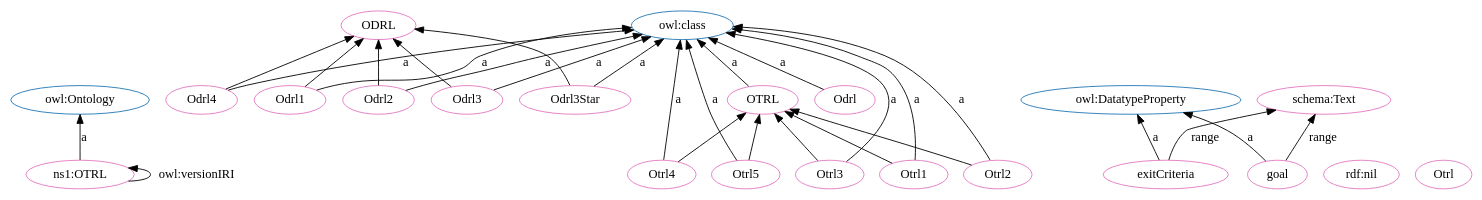
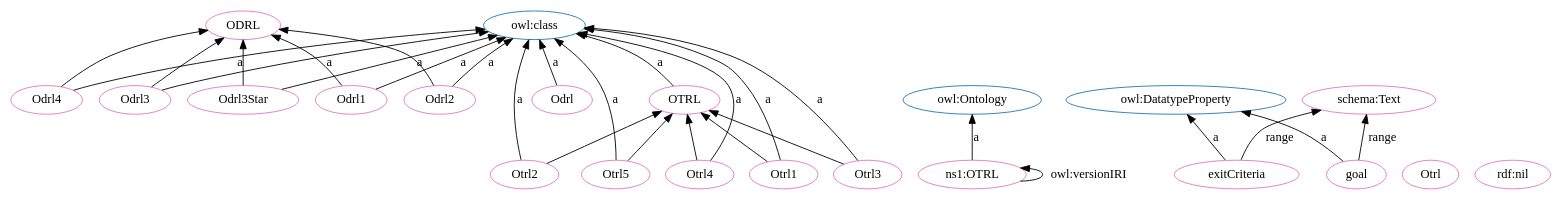
One commit to OPEN-NEXT/OKH-LOSH changed the diagram in OTRL.dot. Above: the diagram before and after it, drawn with Graphviz. The commit also changed other lines of this file and 15 other files, not shown here.

```diff
--- a/OTRL.dot
+++ b/OTRL.dot
@@ -1,56 +1,56 @@
 digraph G {
   rankdir=BT
   node[height=.3]
+"http://purl.org/oseg/ontologies/OTRL#ODRL" [fillcolor="#1f77b4" color="#1f77b4" label="ODRL"]
 "http://www.w3.org/2002/07/owl#Ontology" [fillcolor="#1f77b4" color="#1f77b4" label="owl:Ontology"]
+"http://www.w3.org/2002/07/owl#DatatypeProperty" [fillcolor="#1f77b4" color="#1f77b4" label="owl:DatatypeProperty"]
 "http://www.w3.org/2002/07/owl#class" [fillcolor="#1f77b4" color="#1f77b4" label="owl:class"]
-"http://purl.org/oseg/ontologies/OTRL#ODRL" [fillcolor="#1f77b4" color="#1f77b4" label="ODRL"]
-"http://www.w3.org/2002/07/owl#DatatypeProperty" [fillcolor="#1f77b4" color="#1f77b4" label="owl:DatatypeProperty"]
 "http://purl.org/oseg/ontologies/OTRL#OTRL" [fillcolor="#1f77b4" color="#1f77b4" label="OTRL"]
-"http://purl.org/oseg/ontologies/OTRL#Odrl" [fillcolor="#e377c2" color="#e377c2" label="Odrl"]
-"http://www.w3.org/1999/02/22-rdf-syntax-ns#nil" [fillcolor="#e377c2" color="#e377c2" label="rdf:nil"]
+"http://purl.org/oseg/ontologies/OTRL#Otrl" [fillcolor="#e377c2" color="#e377c2" label="Otrl"]
 "http://purl.org/oseg/ontologies/OTRL#ODRL" [fillcolor="#e377c2" color="#e377c2" label="ODRL"]
-"http://purl.org/oseg/ontologies/OTRL#Odrl1" [fillcolor="#e377c2" color="#e377c2" label="Odrl1"]
-"http://purl.org/oseg/ontologies/OTRL#Otrl3" [fillcolor="#e377c2" color="#e377c2" label="Otrl3"]
+"http://purl.org/oseg/ontologies/OTRL" [fillcolor="#e377c2" color="#e377c2" label="ns1:OTRL"]
 "http://purl.org/oseg/ontologies/OTRL#OTRL" [fillcolor="#e377c2" color="#e377c2" label="OTRL"]
 "http://purl.org/oseg/ontologies/OTRL#exitCriteria" [fillcolor="#e377c2" color="#e377c2" label="exitCriteria"]
+"http://www.w3.org/1999/02/22-rdf-syntax-ns#nil" [fillcolor="#e377c2" color="#e377c2" label="rdf:nil"]
+"http://purl.org/oseg/ontologies/OTRL#Odrl" [fillcolor="#e377c2" color="#e377c2" label="Odrl"]
+"http://purl.org/oseg/ontologies/OTRL#Otrl2" [fillcolor="#e377c2" color="#e377c2" label="Otrl2"]
 "http://purl.org/oseg/ontologies/OTRL#Odrl4" [fillcolor="#e377c2" color="#e377c2" label="Odrl4"]
+"http://purl.org/oseg/ontologies/OTRL#Odrl3" [fillcolor="#e377c2" color="#e377c2" label="Odrl3"]
+"http://purl.org/oseg/ontologies/OTRL#Odrl3Star" [fillcolor="#e377c2" color="#e377c2" label="Odrl3Star"]
+"http://purl.org/oseg/ontologies/OTRL#Odrl1" [fillcolor="#e377c2" color="#e377c2" label="Odrl1"]
+"http://purl.org/oseg/ontologies/OTRL#Otrl5" [fillcolor="#e377c2" color="#e377c2" label="Otrl5"]
+"http://schema.org/Text" [fillcolor="#e377c2" color="#e377c2" label="schema:Text"]
+"http://purl.org/oseg/ontologies/OTRL#Otrl4" [fillcolor="#e377c2" color="#e377c2" label="Otrl4"]
 "http://purl.org/oseg/ontologies/OTRL#goal" [fillcolor="#e377c2" color="#e377c2" label="goal"]
-"http://schema.org/Text" [fillcolor="#e377c2" color="#e377c2" label="schema:Text"]
-"http://purl.org/oseg/ontologies/OTRL#Odrl3Star" [fillcolor="#e377c2" color="#e377c2" label="Odrl3Star"]
-"http://purl.org/oseg/ontologies/OTRL#Odrl3" [fillcolor="#e377c2" color="#e377c2" label="Odrl3"]
-"http://purl.org/oseg/ontologies/OTRL#Otrl" [fillcolor="#e377c2" color="#e377c2" label="Otrl"]
-"http://purl.org/oseg/ontologies/OTRL#Otrl5" [fillcolor="#e377c2" color="#e377c2" label="Otrl5"]
-"http://purl.org/oseg/ontologies/OTRL" [fillcolor="#e377c2" color="#e377c2" label="ns1:OTRL"]
-"http://purl.org/oseg/ontologies/OTRL#Otrl2" [fillcolor="#e377c2" color="#e377c2" label="Otrl2"]
-"http://purl.org/oseg/ontologies/OTRL#Otrl4" [fillcolor="#e377c2" color="#e377c2" label="Otrl4"]
+"http://purl.org/oseg/ontologies/OTRL#Odrl2" [fillcolor="#e377c2" color="#e377c2" label="Odrl2"]
 "http://purl.org/oseg/ontologies/OTRL#Otrl1" [fillcolor="#e377c2" color="#e377c2" label="Otrl1"]
-"http://purl.org/oseg/ontologies/OTRL#Odrl2" [fillcolor="#e377c2" color="#e377c2" label="Odrl2"]
-  "http://purl.org/oseg/ontologies/OTRL#Odrl1" -> "http://www.w3.org/2002/07/owl#class" [label="a"]
+"http://purl.org/oseg/ontologies/OTRL#Otrl3" [fillcolor="#e377c2" color="#e377c2" label="Otrl3"]
+  "http://purl.org/oseg/ontologies/OTRL#Odrl3Star" -> "http://purl.org/oseg/ontologies/OTRL#ODRL" [label=""]
+  "http://purl.org/oseg/ontologies/OTRL" -> "http://purl.org/oseg/ontologies/OTRL" [label="owl:versionIRI"]
   "http://purl.org/oseg/ontologies/OTRL#exitCriteria" -> "http://www.w3.org/2002/07/owl#DatatypeProperty" [label="a"]
-  "http://purl.org/oseg/ontologies/OTRL#Odrl4" -> "http://www.w3.org/2002/07/owl#class" [label="a"]
+  "http://purl.org/oseg/ontologies/OTRL" -> "http://www.w3.org/2002/07/owl#Ontology" [label="a"]
+  "http://purl.org/oseg/ontologies/OTRL#Otrl2" -> "http://www.w3.org/2002/07/owl#class" [label="a"]
+  "http://purl.org/oseg/ontologies/OTRL#Otrl3" -> "http://www.w3.org/2002/07/owl#class" [label="a"]
+  "http://purl.org/oseg/ontologies/OTRL#Odrl" -> "http://www.w3.org/2002/07/owl#class" [label="a"]
+  "http://purl.org/oseg/ontologies/OTRL#Odrl3" -> "http://www.w3.org/2002/07/owl#class" [label="a"]
+  "http://purl.org/oseg/ontologies/OTRL#Odrl3Star" -> "http://www.w3.org/2002/07/owl#class" [label="a"]
+  "http://purl.org/oseg/ontologies/OTRL#Otrl5" -> "http://www.w3.org/2002/07/owl#class" [label="a"]
+  "http://purl.org/oseg/ontologies/OTRL#exitCriteria" -> "http://schema.org/Text" [label="range"]
+  "http://purl.org/oseg/ontologies/OTRL#Otrl4" -> "http://www.w3.org/2002/07/owl#class" [label="a"]
   "http://purl.org/oseg/ontologies/OTRL#goal" -> "http://www.w3.org/2002/07/owl#DatatypeProperty" [label="a"]
-  "http://purl.org/oseg/ontologies/OTRL#Odrl3Star" -> "http://www.w3.org/2002/07/owl#class" [label="a"]
+  "http://purl.org/oseg/ontologies/OTRL#goal" -> "http://schema.org/Text" [label="range"]
+  "http://purl.org/oseg/ontologies/OTRL#Odrl2" -> "http://www.w3.org/2002/07/owl#class" [label="a"]
+  "http://purl.org/oseg/ontologies/OTRL#Odrl2" -> "http://purl.org/oseg/ontologies/OTRL#ODRL" [label=""]
+  "http://purl.org/oseg/ontologies/OTRL#Otrl4" -> "http://purl.org/oseg/ontologies/OTRL#OTRL" [label=""]
+  "http://purl.org/oseg/ontologies/OTRL#Odrl1" -> "http://purl.org/oseg/ontologies/OTRL#ODRL" [label=""]
   "http://purl.org/oseg/ontologies/OTRL#OTRL" -> "http://www.w3.org/2002/07/owl#class" [label="a"]
   "http://purl.org/oseg/ontologies/OTRL#Odrl4" -> "http://purl.org/oseg/ontologies/OTRL#ODRL" [label=""]
-  "http://purl.org/oseg/ontologies/OTRL#Otrl5" -> "http://www.w3.org/2002/07/owl#class" [label="a"]
+  "http://purl.org/oseg/ontologies/OTRL#Odrl4" -> "http://www.w3.org/2002/07/owl#class" [label="a"]
   "http://purl.org/oseg/ontologies/OTRL#Otrl1" -> "http://purl.org/oseg/ontologies/OTRL#OTRL" [label=""]
-  "http://purl.org/oseg/ontologies/OTRL#Otrl2" -> "http://www.w3.org/2002/07/owl#class" [label="a"]
-  "http://purl.org/oseg/ontologies/OTRL#Otrl4" -> "http://www.w3.org/2002/07/owl#class" [label="a"]
-  "http://purl.org/oseg/ontologies/OTRL#Odrl1" -> "http://purl.org/oseg/ontologies/OTRL#ODRL" [label=""]
-  "http://purl.org/oseg/ontologies/OTRL#Otrl3" -> "http://www.w3.org/2002/07/owl#class" [label="a"]
+  "http://purl.org/oseg/ontologies/OTRL#Odrl1" -> "http://www.w3.org/2002/07/owl#class" [label="a"]
+  "http://purl.org/oseg/ontologies/OTRL#Otrl3" -> "http://purl.org/oseg/ontologies/OTRL#OTRL" [label=""]
   "http://purl.org/oseg/ontologies/OTRL#Otrl5" -> "http://purl.org/oseg/ontologies/OTRL#OTRL" [label=""]
   "http://purl.org/oseg/ontologies/OTRL#Otrl2" -> "http://purl.org/oseg/ontologies/OTRL#OTRL" [label=""]
-  "http://purl.org/oseg/ontologies/OTRL#Odrl" -> "http://www.w3.org/2002/07/owl#class" [label="a"]
-  "http://purl.org/oseg/ontologies/OTRL#Odrl2" -> "http://purl.org/oseg/ontologies/OTRL#ODRL" [label=""]
-  "http://purl.org/oseg/ontologies/OTRL#exitCriteria" -> "http://schema.org/Text" [label="range"]
-  "http://purl.org/oseg/ontologies/OTRL#Odrl3Star" -> "http://purl.org/oseg/ontologies/OTRL#ODRL" [label=""]
-  "http://purl.org/oseg/ontologies/OTRL#Otrl4" -> "http://purl.org/oseg/ontologies/OTRL#OTRL" [label=""]
-  "http://purl.org/oseg/ontologies/OTRL#Odrl3" -> "http://www.w3.org/2002/07/owl#class" [label="a"]
-  "http://purl.org/oseg/ontologies/OTRL" -> "http://purl.org/oseg/ontologies/OTRL" [label="owl:versionIRI"]
-  "http://purl.org/oseg/ontologies/OTRL" -> "http://www.w3.org/2002/07/owl#Ontology" [label="a"]
-  "http://purl.org/oseg/ontologies/OTRL#Otrl3" -> "http://purl.org/oseg/ontologies/OTRL#OTRL" [label=""]
+  "http://purl.org/oseg/ontologies/OTRL#Otrl1" -> "http://www.w3.org/2002/07/owl#class" [label="a"]
   "http://purl.org/oseg/ontologies/OTRL#Odrl3" -> "http://purl.org/oseg/ontologies/OTRL#ODRL" [label=""]
-  "http://purl.org/oseg/ontologies/OTRL#Otrl1" -> "http://www.w3.org/2002/07/owl#class" [label="a"]
-  "http://purl.org/oseg/ontologies/OTRL#goal" -> "http://schema.org/Text" [label="range"]
-  "http://purl.org/oseg/ontologies/OTRL#Odrl2" -> "http://www.w3.org/2002/07/owl#class" [label="a"]
 }
```
